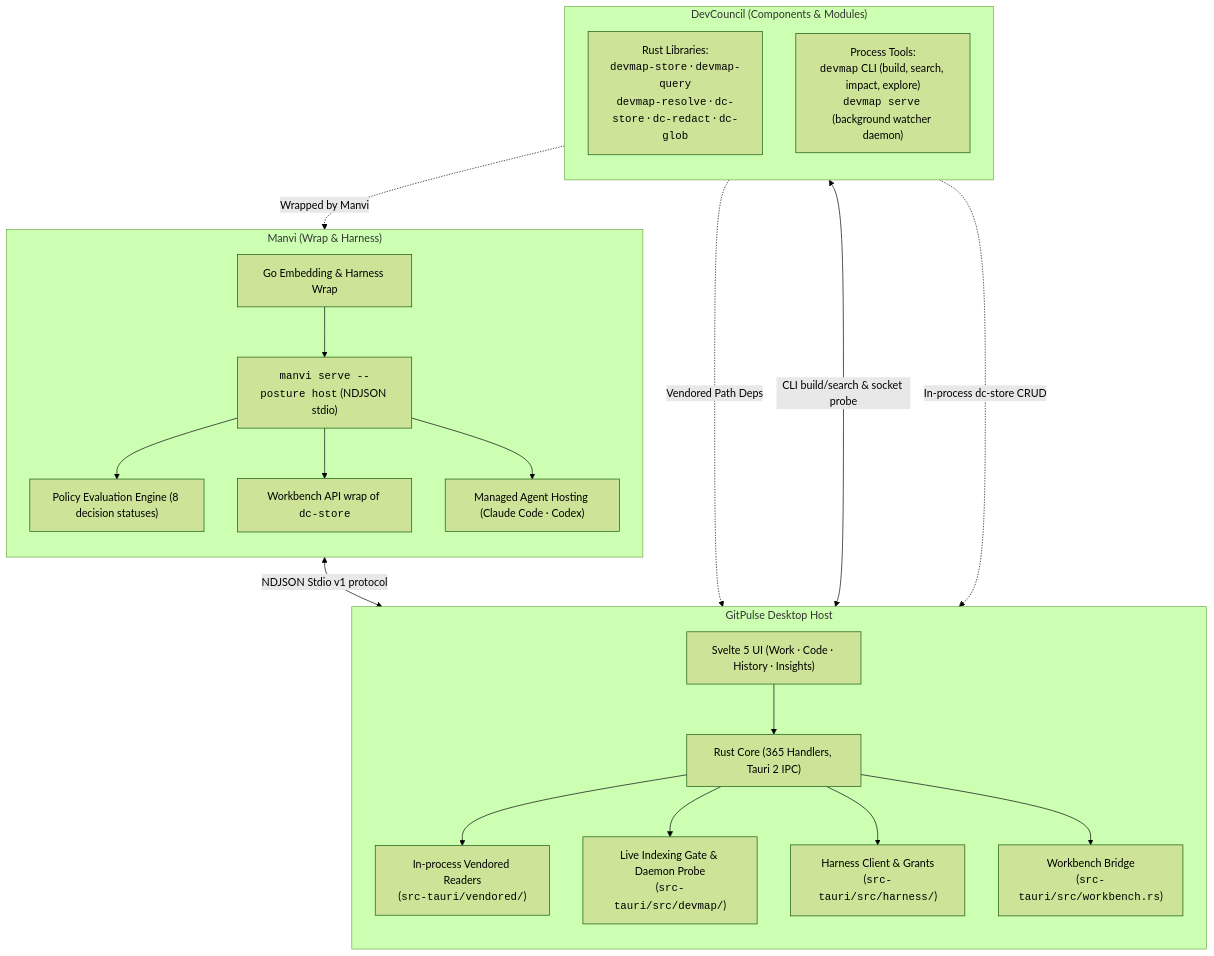
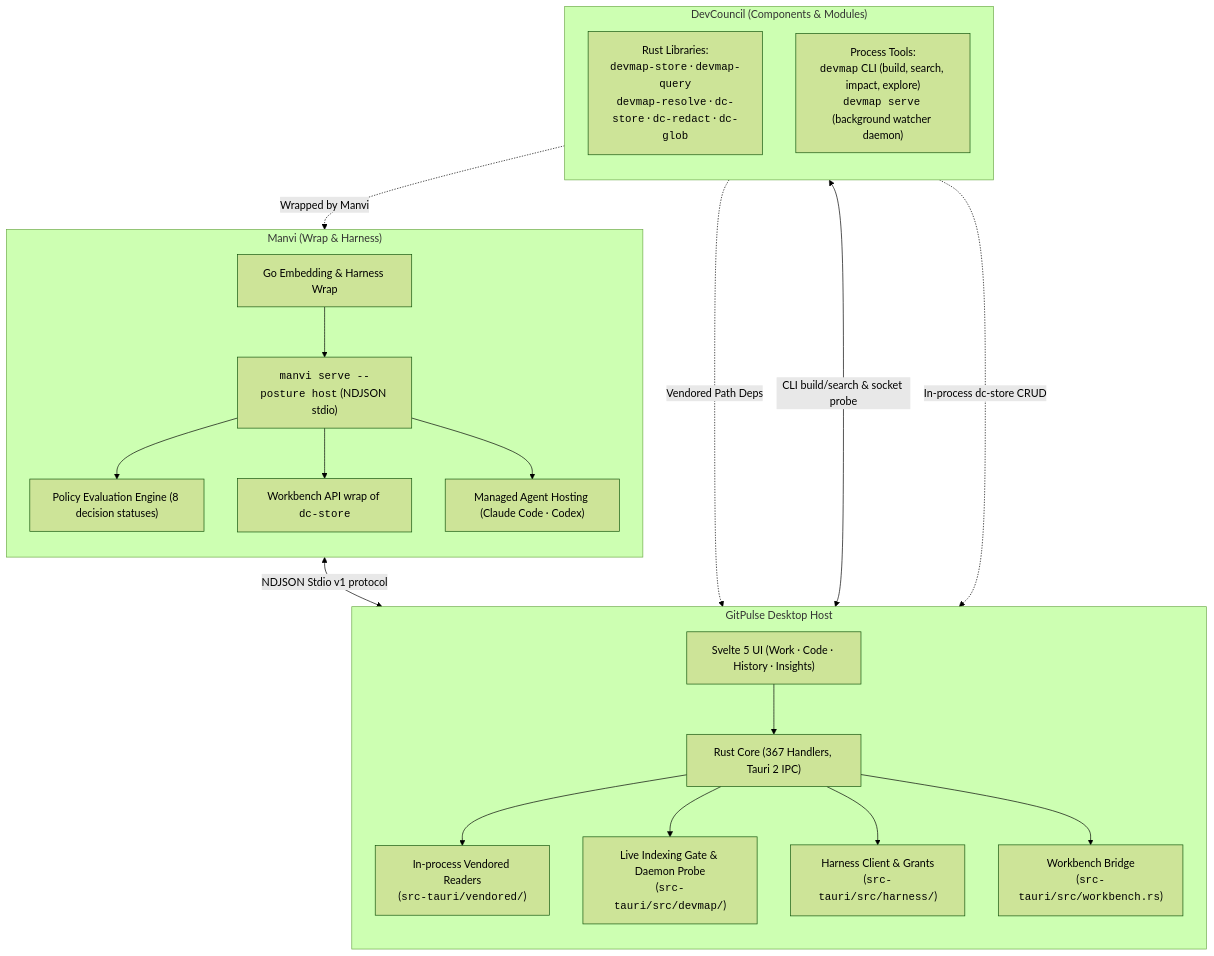
One commit to bharathvbcr/GitPulse changed the first of 3 diagrams in docs/MODULE_INTEGRATION.md. Above: the diagram before and after it, drawn with Mermaid (forest theme). The commit also changed 30 other files, not shown here.

````diff
--- a/docs/MODULE_INTEGRATION.md
+++ b/docs/MODULE_INTEGRATION.md
@@ -40,43 +40,43 @@
 ```mermaid
 flowchart TD
     subgraph DevCouncil["DevCouncil (Components & Modules)"]
         direction TB
         DCLibs["Rust Libraries:<br/><code>devmap-store</code> · <code>devmap-query</code><br/><code>devmap-resolve</code> · <code>dc-store</code> · <code>dc-redact</code> · <code>dc-glob</code>"]
         DCCLI["Process Tools:<br/><code>devmap</code> CLI (build, search, impact, explore)<br/><code>devmap serve</code> (background watcher daemon)"]
     end
 
     subgraph Manvi["Manvi (Wrap & Harness)"]
         direction TB
         ManviWrap["Go Embedding & Harness Wrap"]
         ManviSidecar["<code>manvi serve --posture host</code> (NDJSON stdio)"]
         ManviPolicy["Policy Evaluation Engine (8 decision statuses)"]
         ManviWorkbench["Workbench API wrap of <code>dc-store</code>"]
         ManviAgents["Managed Agent Hosting (Claude Code · Codex)"]
         ManviWrap --> ManviSidecar
         ManviSidecar --> ManviPolicy
         ManviSidecar --> ManviWorkbench
         ManviSidecar --> ManviAgents
     end
 
     subgraph GitPulseHost["GitPulse Desktop Host"]
         direction TB
         UIHost["Svelte 5 UI (Work · Code · History · Insights)"]
-        RustIPC["Rust Core (365 Handlers, Tauri 2 IPC)"]
+        RustIPC["Rust Core (367 Handlers, Tauri 2 IPC)"]
         InProcessReaders["In-process Vendored Readers<br/>(<code>src-tauri/vendored/</code>)"]
         CLIGate["Live Indexing Gate & Daemon Probe<br/>(<code>src-tauri/src/devmap/</code>)"]
         HarnessClient["Harness Client & Grants<br/>(<code>src-tauri/src/harness/</code>)"]
         WorkbenchCmd["Workbench Bridge<br/>(<code>src-tauri/src/workbench.rs</code>)"]
 
         UIHost --> RustIPC
         RustIPC --> InProcessReaders
         RustIPC --> CLIGate
         RustIPC --> HarnessClient
         RustIPC --> WorkbenchCmd
     end
 
     DCLibs -.->|Vendored Path Deps| InProcessReaders
     DCCLI <-->|CLI build/search & socket probe| CLIGate
     DCLibs -.->|Wrapped by Manvi| ManviWorkbench
     ManviSidecar <-->|NDJSON Stdio v1 protocol| HarnessClient
     DCLibs -.->|In-process dc-store CRUD| WorkbenchCmd
 ```
````
